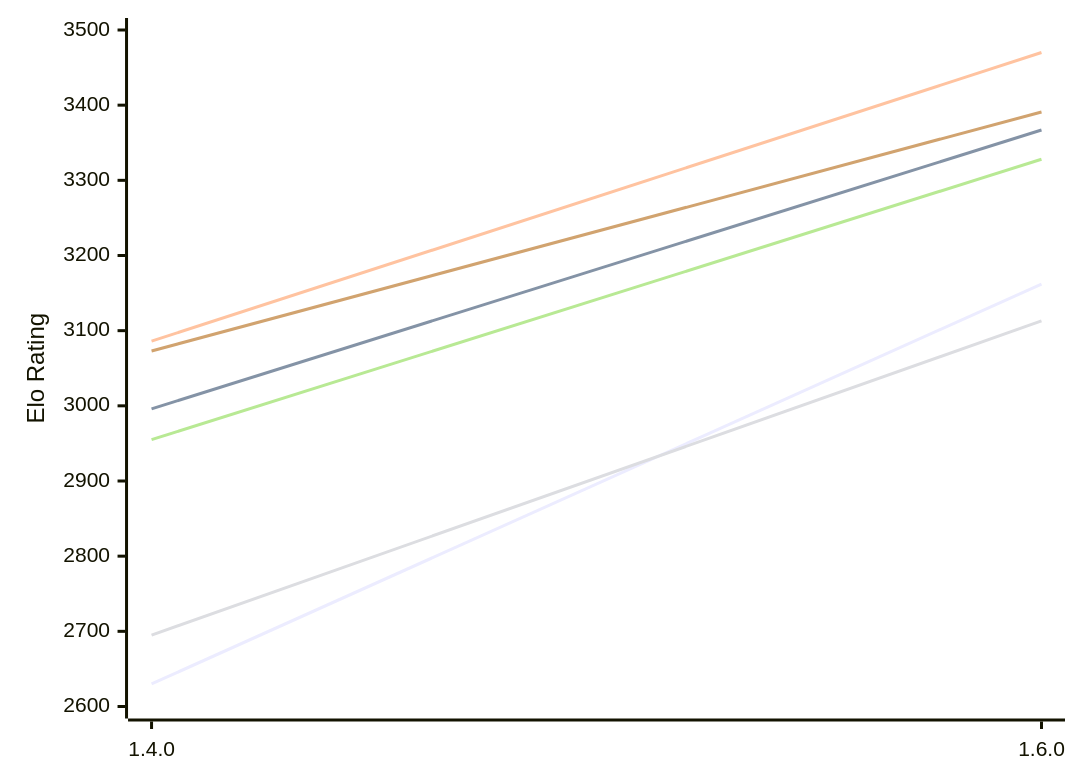
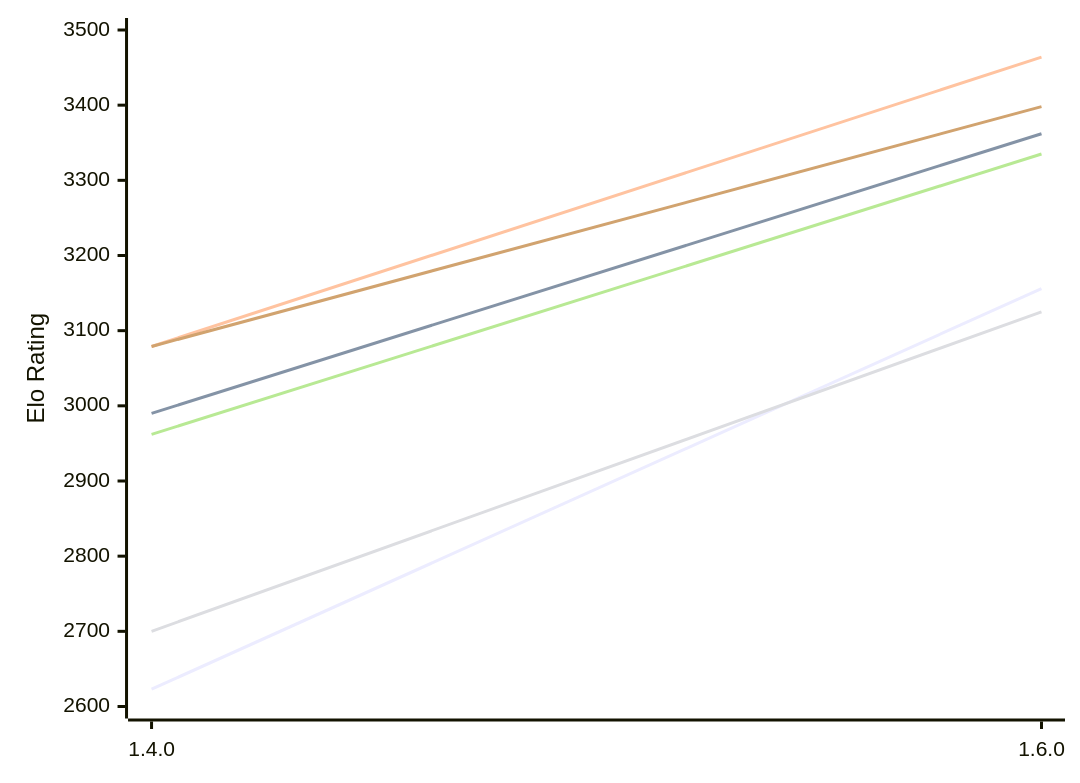
One commit to computer-chess-index/cci changed the first of 2 diagrams in engines/Gyatso.md. Above: the diagram before and after it, drawn with Mermaid. The commit also changed other lines of this file, not shown here.

Commit message:
Update CCI Ratings (ELO VLTC) - 2026-11-18

````diff
--- a/engines/Gyatso.md
+++ b/engines/Gyatso.md
@@ -53,12 +53,12 @@
 ```mermaid
 %%{init: {"theme":"base","themeVariables":{"seriesColors:['#a3a3a3','#222221','#faa371']}}}%%
 xychart-beta
   x-axis ["1.4.0", "1.6.0"]
   y-axis "Elo Rating" 2600 --> 3500
-  line "E1: STC (8.0+0.08s)" [2630, 3162]
-  line "E1: LTC (60.0+0.60s)" [2996, 3367]
-  line "E1: VLTC (2m24s+1.12s)" [3086, 3470]
-  line "P1: STC (8.0+0.08s)" [2695, 3113]
-  line "P1: LTC (60.0+0.60s)" [2955, 3328]
-  line "P1: VLTC (2m24s+1.12s)" [3073, 3391]
+  line "E1: STC (8.0+0.08s)" [2623, 3156]
+  line "E1: LTC (60.0+0.60s)" [2990, 3362]
+  line "E1: VLTC (2m24s+1.12s)" [3079, 3464]
+  line "P1: STC (8.0+0.08s)" [2700, 3125]
+  line "P1: LTC (60.0+0.60s)" [2962, 3335]
+  line "P1: VLTC (2m24s+1.12s)" [3079, 3398]
 ```
````
